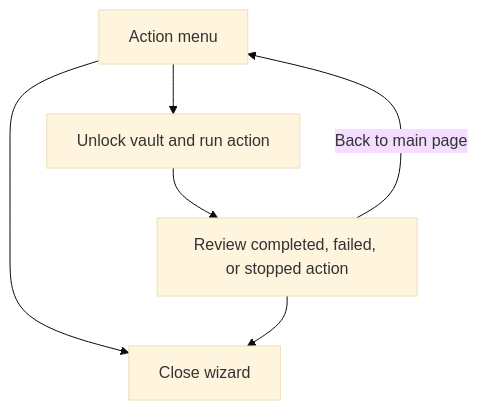
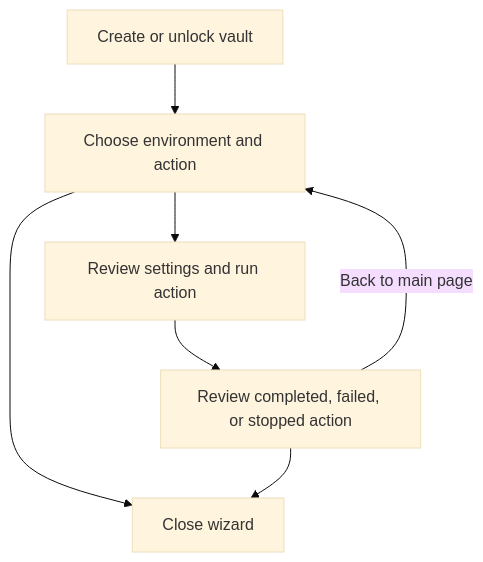
Before and after one commit to lambdawalker/go.apexfission.aws.email-verification: the first of 2 diagrams in docs/design/deployment-wizard.md, drawn with Mermaid (base theme). The commit also changed other lines of this file and 2 other files, not shown here.

Commit message:
Use the Composer environment menu in the email test host

````diff
--- a/docs/design/deployment-wizard.md
+++ b/docs/design/deployment-wizard.md
@@ -121,8 +130,9 @@
 ```mermaid
 flowchart TD
-    Menu["Action menu"] --> Run["Unlock vault and run action"]
+    Vault["Create or unlock vault"] --> Menu["Choose environment and action"]
+    Menu --> Run["Review settings and run action"]
     Run --> Result["Review completed, failed, or stopped action"]
     Result -->|Back to main page| Menu
     Menu --> Close["Close wizard"]
     Result --> Close
 ```
````
